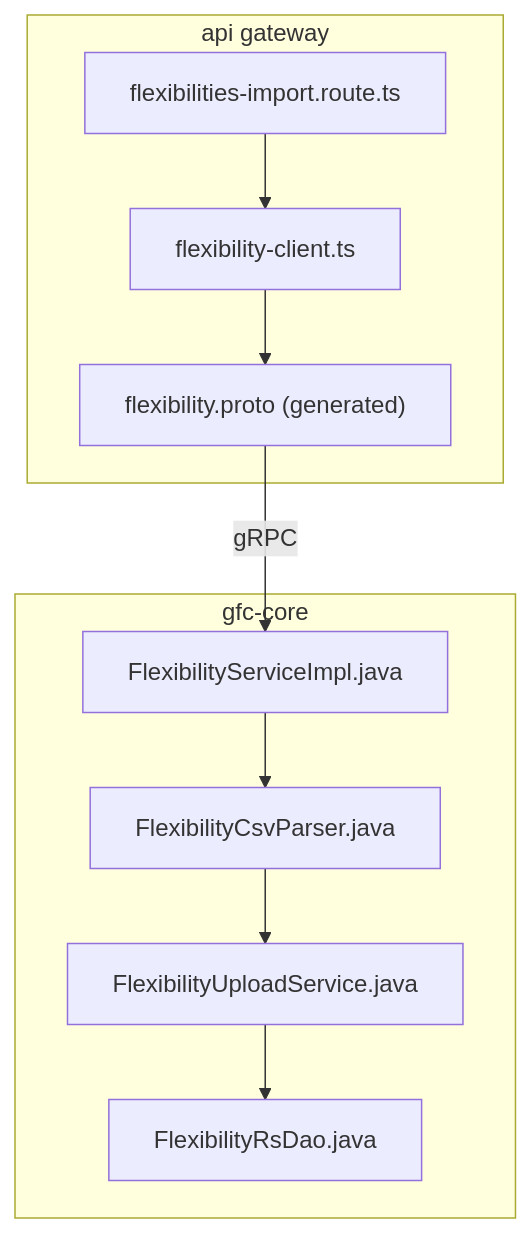
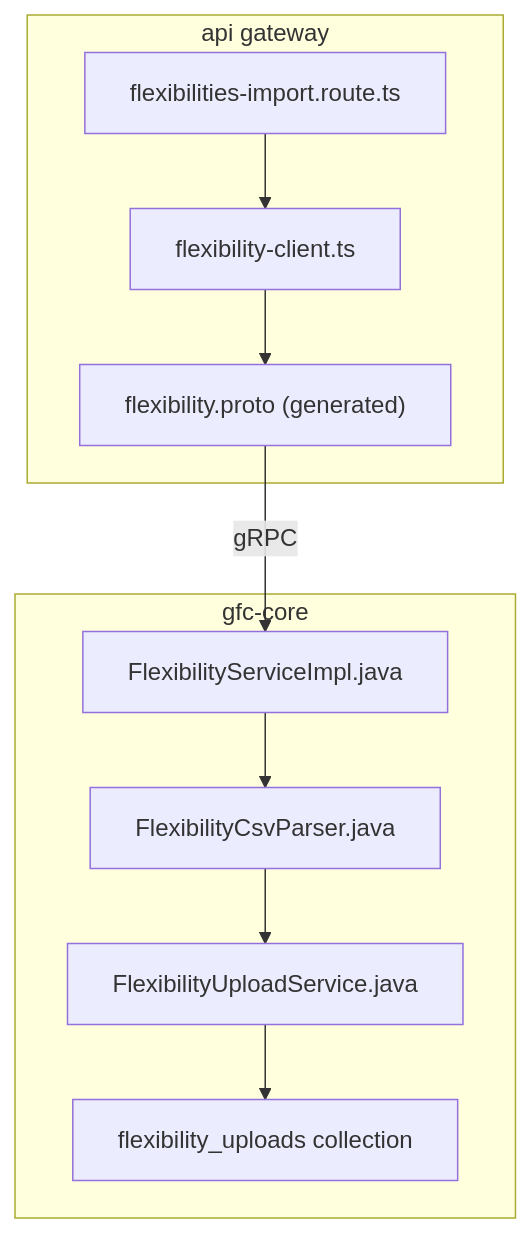
Before and after one commit to sbhrwl/microservices: the third of 4 diagrams in app/usecases/import-flexibilities/file-upload/README.md, drawn with Mermaid. The commit also changed other lines of this file, not shown here.

````diff
--- a/app/usecases/import-flexibilities/file-upload/README.md
+++ b/app/usecases/import-flexibilities/file-upload/README.md
@@ -40,24 +40,24 @@
 ```mermaid
 flowchart TD
     subgraph G["api gateway"]
         A1["flexibilities-import.route.ts"]
         A2["flexibility-client.ts"]
         A3["flexibility.proto (generated)"]
 
         A1 --> A2
         A2 --> A3
     end
 
     subgraph C["gfc-core"]
         B1["FlexibilityServiceImpl.java"]
         B2["FlexibilityCsvParser.java"]
         B3["FlexibilityUploadService.java"]
-        B4["FlexibilityRsDao.java"]
+        B4["flexibility_uploads collection"]
 
         B1 --> B2
         B2 --> B3
         B3 --> B4
     end
 
     A3 -->|"gRPC"| B1
 ```
````
